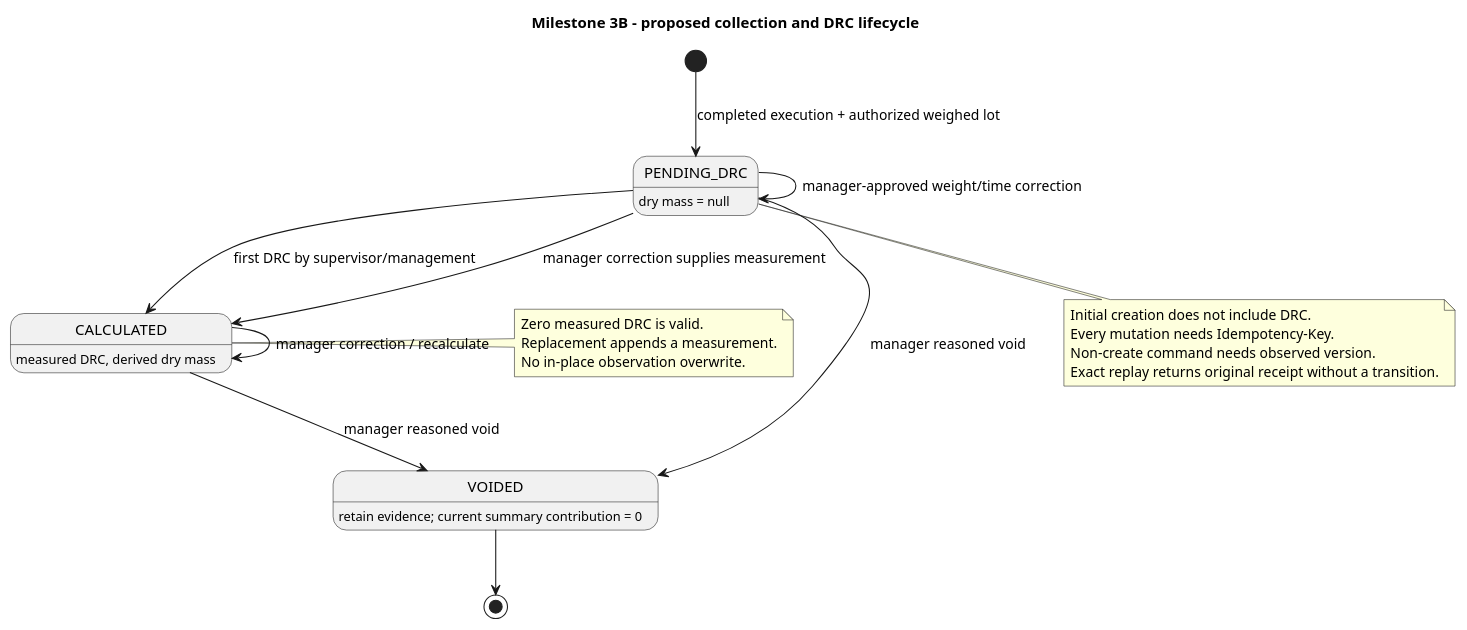
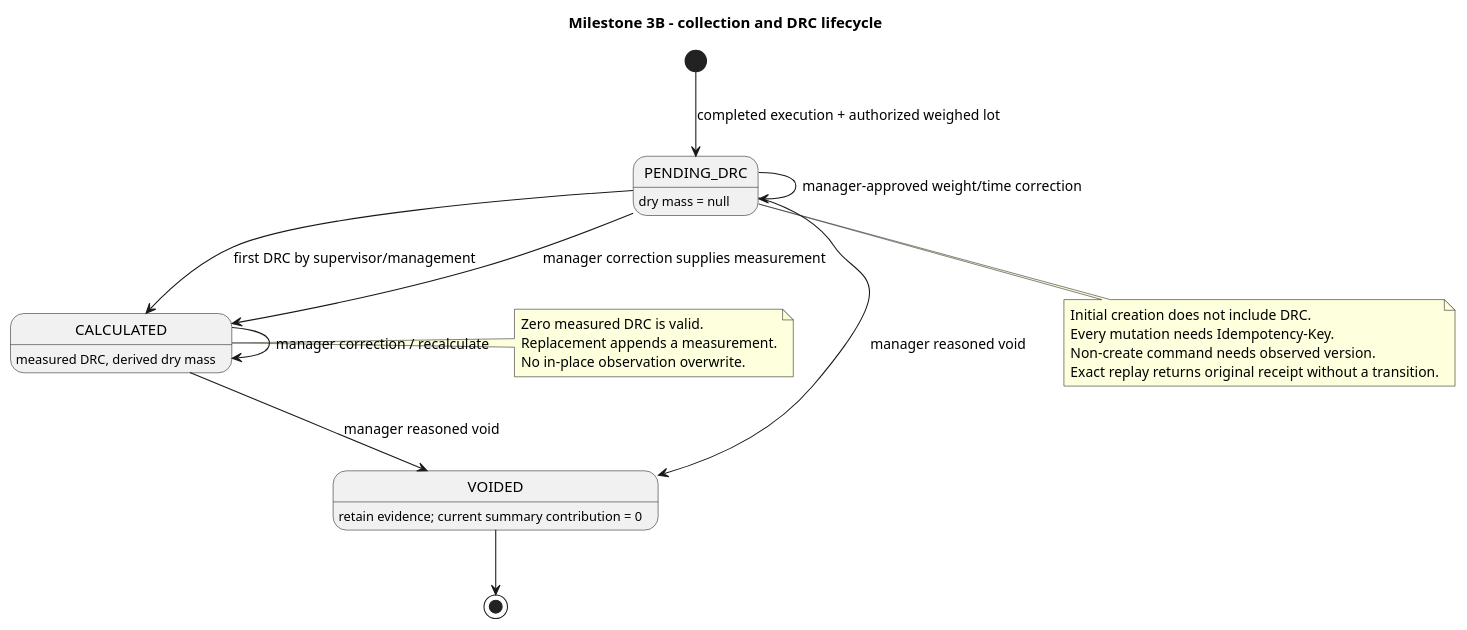
Before and after one commit to swapnilpuri/agrosphere-architecture: the diagram in diagrams/milestone-3b/workflow.puml, drawn with PlantUML. The commit also changed 12 other files, not shown here.

```diff
--- a/diagrams/milestone-3b/workflow.puml
+++ b/diagrams/milestone-3b/workflow.puml
@@ -1,25 +1,25 @@
 @startuml
-title Milestone 3B - proposed collection and DRC lifecycle
+title Milestone 3B - collection and DRC lifecycle
 [*] --> PENDING_DRC : completed execution + authorized weighed lot
 PENDING_DRC : dry mass = null
 PENDING_DRC --> PENDING_DRC : manager-approved weight/time correction
 PENDING_DRC --> CALCULATED : first DRC by supervisor/management
 PENDING_DRC --> CALCULATED : manager correction supplies measurement
 CALCULATED : measured DRC, derived dry mass
 CALCULATED --> CALCULATED : manager correction / recalculate
 PENDING_DRC --> VOIDED : manager reasoned void
 CALCULATED --> VOIDED : manager reasoned void
 VOIDED : retain evidence; current summary contribution = 0
 VOIDED --> [*]
 note right of CALCULATED
 Zero measured DRC is valid.
 Replacement appends a measurement.
 No in-place observation overwrite.
 end note
 note bottom of PENDING_DRC
 Initial creation does not include DRC.
 Every mutation needs Idempotency-Key.
 Non-create command needs observed version.
 Exact replay returns original receipt without a transition.
 end note
 @enduml
```
